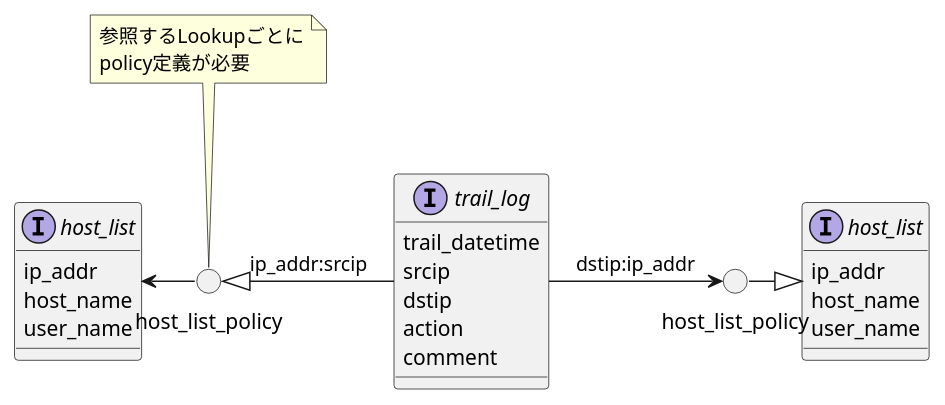
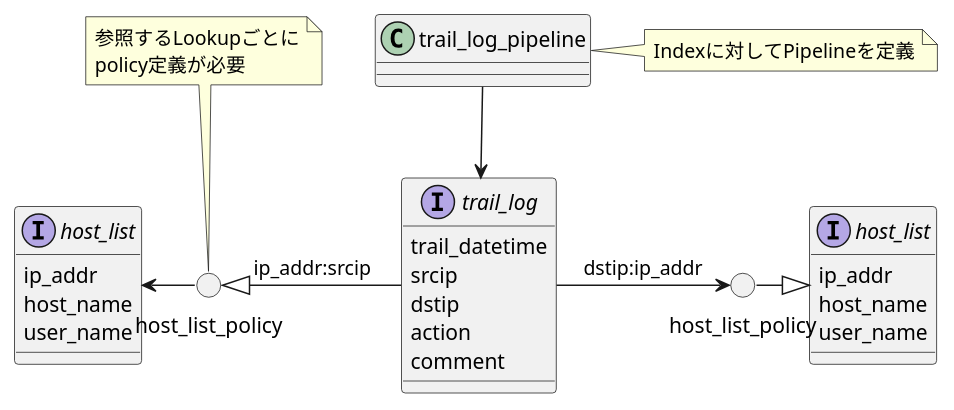
One commit to camelrush/ElasticSearch_Samples changed the diagram in Lookup(Enrich Processor)/assets/pu/indexes.pu. Above: the diagram before and after it, drawn with PlantUML. The commit also changed 1 other file, not shown here.

```diff
--- a/Lookup(Enrich Processor)/assets/pu/indexes.pu
+++ b/Lookup(Enrich Processor)/assets/pu/indexes.pu
@@ -1,29 +1,32 @@
 @startuml
 interface "trail_log" as tl {
     trail_datetime
     srcip
     dstip
     action
     comment
 }
 interface "host_list" as h1{
     ip_addr
     host_name
     user_name
 }
 interface "host_list" as h2{
     ip_addr
     host_name
     user_name
 }
 circle "host_list_policy" as pc1
 circle "host_list_policy" as pc2
+class "trail_log_pipeline" as cp
 
 pc1<|-tl : ip_addr:srcip
 h1<-pc1
 tl->pc2 : dstip:ip_addr
 pc2-|>h2  
+tl<-up-cp
+note right of cp : Indexに対してPipelineを定義
 
 note top of pc1 : 参照するLookupごとに\npolicy定義が必要
 
 @enduml
```
